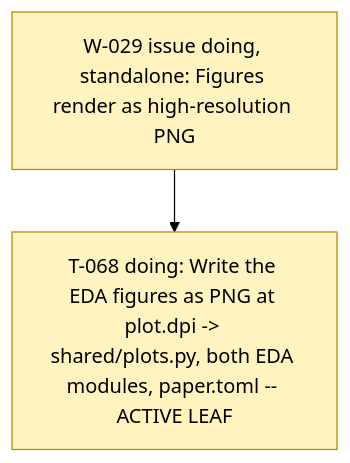
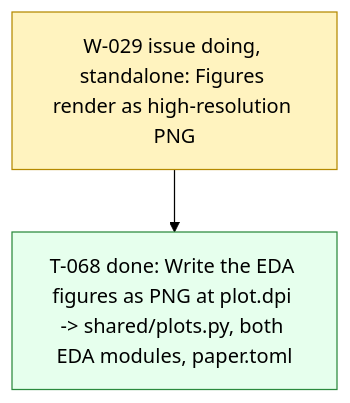
The diagram in .board/BOARD.md (dpopchev/surrogate-models), drawn with Mermaid (forest theme) before and after one commit. The commit also changed other lines of this file and 1 other file, not shown here.

Commit message:
chore: close T-068 on the board
Refs: W-029 T-068

````diff
--- a/.board/BOARD.md
+++ b/.board/BOARD.md
@@ -191,11 +191,12 @@
 ```mermaid
 flowchart TD
   W029["W-029 issue doing, standalone: Figures render as high-resolution PNG"]
-  W029 --> T068["T-068 doing: Write the EDA figures as PNG at plot.dpi -> shared/plots.py, both EDA modules, paper.toml -- ACTIVE LEAF"]
+  W029 --> T068["T-068 done: Write the EDA figures as PNG at plot.dpi -> shared/plots.py, both EDA modules, paper.toml"]
   classDef doing fill:#fff3bf,stroke:#b58900,color:#000;
   classDef blocked fill:#ffe3e3,stroke:#c92a2a,color:#000;
   classDef done fill:#e6ffed,stroke:#2b8a3e,color:#000;
   classDef todo fill:#f8f9fa,stroke:#868e96,color:#000;
   classDef pruned fill:#f1f3f5,stroke:#adb5bd,color:#000;
-  class W029,T068 doing
+  class W029 doing
+  class T068 done
 ```
````
